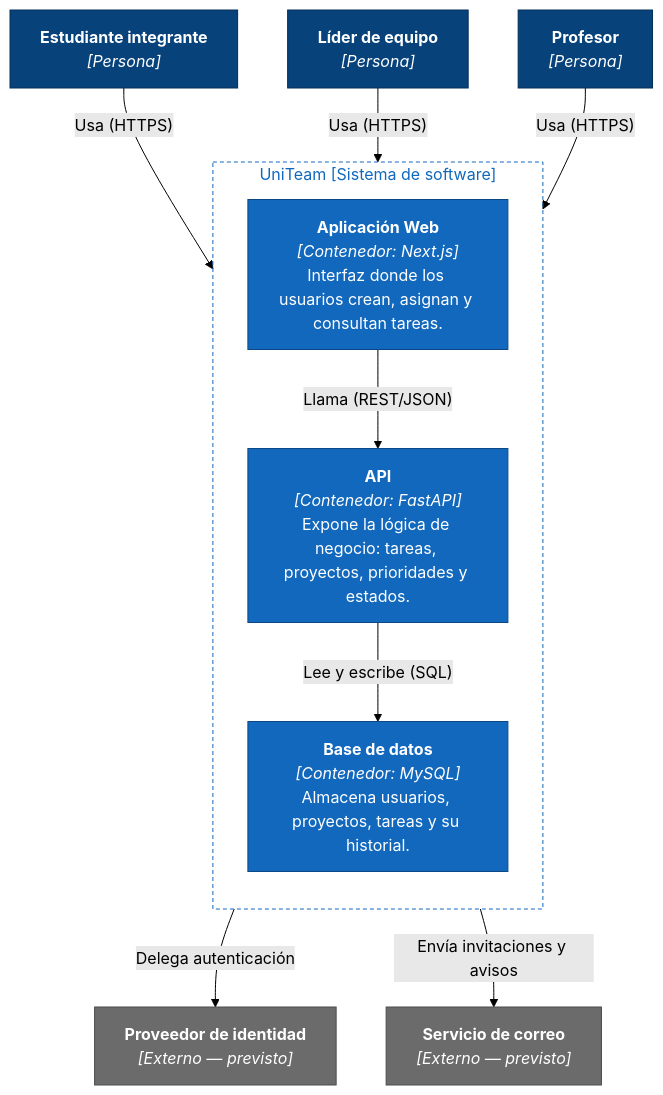
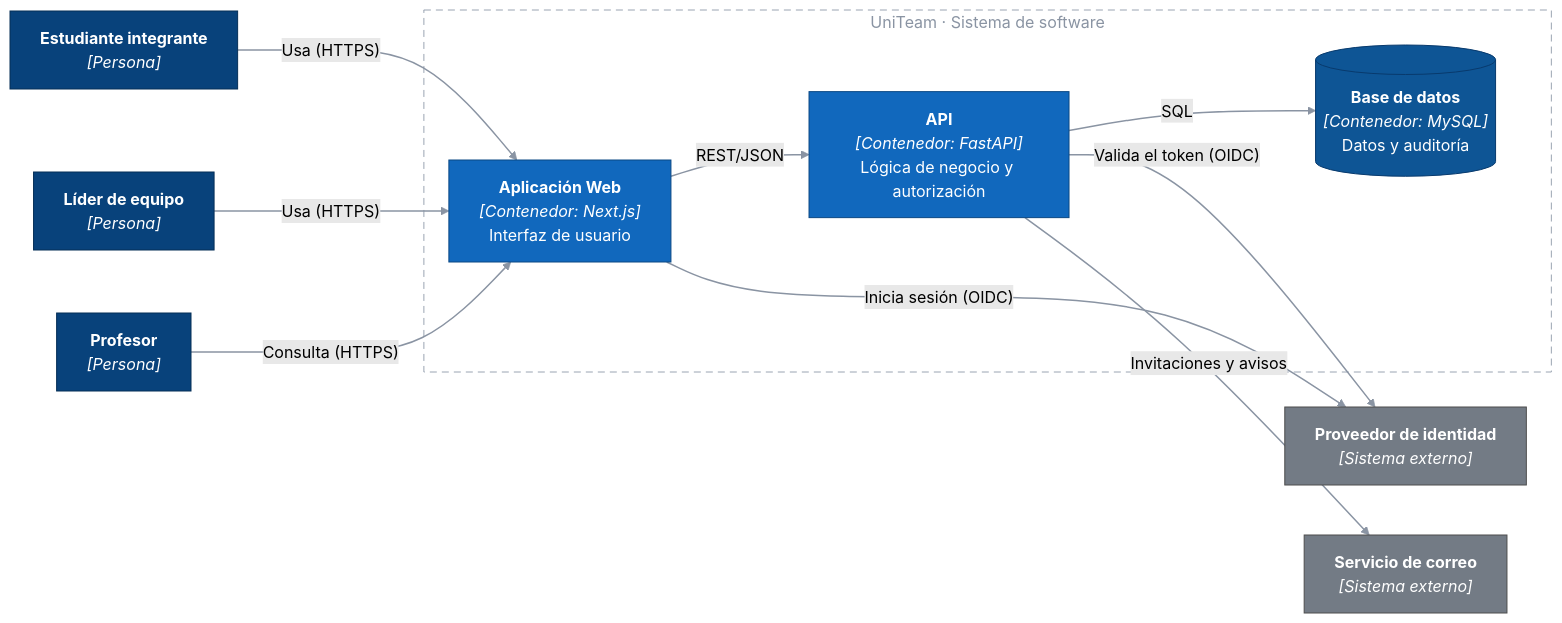
The diagram in docs/c4/nivel2-contenedores.md (ISCOUTB/AS_202620_uniTeam), drawn with Mermaid (forest theme) before and after one commit. The commit also changed other lines of this file and 35 other files, not shown here.

First line of the commit message:
Corte vertical con MySQL, integrado con las correcciones del equipo

````diff
--- a/docs/c4/nivel2-contenedores.md
+++ b/docs/c4/nivel2-contenedores.md
@@ -11,37 +10,36 @@
 ```mermaid
-flowchart TB
- subgraph sys["UniTeam [Sistema de software]"]
-    direction TB
-        web["<b>Aplicación Web</b><br><i>[Contenedor: Next.js]</i><br>Interfaz donde los usuarios crean, asignan y consultan tareas."]
-        api["<b>API</b><br><i>[Contenedor: FastAPI]</i><br>Expone la lógica de negocio: tareas, proyectos, prioridades y estados."]
-        db["<b>Base de datos</b><br><i>[Contenedor: MySQL]</i><br>Almacena usuarios, proyectos, tareas y su historial."]
-  end
-    est["<b>Estudiante integrante</b><br><i>[Persona]</i>"] -- Usa (HTTPS) --> web
-    lid["<b>Líder de equipo</b><br><i>[Persona]</i>"] -- Usa (HTTPS) --> web
-    pro["<b>Profesor</b><br><i>[Persona]</i>"] -- Usa (HTTPS) --> web
-    web -- Llama (REST/JSON) --> api
-    api -- Lee y escribe (SQL) --> db
-    api -- Delega autenticación --> idp["<b>Proveedor de identidad</b><br><i>[Externo — previsto]</i>"]
-    api -- Envía invitaciones y avisos --> mail["<b>Servicio de correo</b><br><i>[Externo — previsto]</i>"]
+flowchart LR
+    est["<b>Estudiante integrante</b><br/><i>[Persona]</i>"]
+    lid["<b>Líder de equipo</b><br/><i>[Persona]</i>"]
+    pro["<b>Profesor</b><br/><i>[Persona]</i>"]
 
-    est@{ shape: rect}
-    lid@{ shape: rect}
-    pro@{ shape: rect}
-     web:::contenedor
-     api:::contenedor
-     db:::contenedor
-     est:::persona
-     lid:::persona
-     pro:::persona
-     idp:::externo
-     mail:::externo
+    subgraph sys["UniTeam · Sistema de software"]
+        web["<b>Aplicación Web</b><br/><i>[Contenedor: Next.js]</i><br/>Interfaz de usuario"]
+        api["<b>API</b><br/><i>[Contenedor: FastAPI]</i><br/>Lógica de negocio y autorización"]
+        db[("<b>Base de datos</b><br/><i>[Contenedor: MySQL]</i><br/>Datos y auditoría")]
+    end
+
+    idp["<b>Proveedor de identidad</b><br/><i>[Sistema externo]</i>"]
+    mail["<b>Servicio de correo</b><br/><i>[Sistema externo]</i>"]
+
+    est -->|"Usa (HTTPS)"| web
+    lid -->|"Usa (HTTPS)"| web
+    pro -->|"Consulta (HTTPS)"| web
+    web -->|"REST/JSON"| api
+    api -->|"SQL"| db
+    api -->|"Valida el token (OIDC)"| idp
+    api -->|"Invitaciones y avisos"| mail
+    web -->|"Inicia sesión (OIDC)"| idp
+
     classDef persona fill:#08427b,stroke:#052e56,color:#ffffff
     classDef contenedor fill:#1168bd,stroke:#0b4884,color:#ffffff
-    classDef externo fill:#6b6b6b,stroke:#4d4d4d,color:#ffffff
-    classDef limite fill:none,stroke:#1168bd,stroke-dasharray: 4 3,color:#1168bd
+    classDef almacen fill:#0e5595,stroke:#083a6d,color:#ffffff
+    classDef externo fill:#737b85,stroke:#4d4d4d,color:#ffffff
 
     class est,lid,pro persona
-    class web,api,db contenedor
+    class web,api contenedor
+    class db almacen
     class idp,mail externo
-    class sys limite
+    style sys fill:none,stroke:#9aa4b2,stroke-dasharray: 7 5,color:#8a94a3
+    linkStyle default stroke:#8a94a3,stroke-width:1.5px
 ```
````
